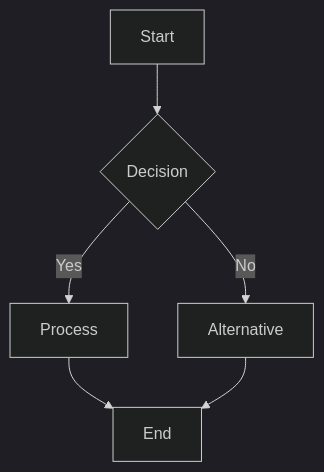
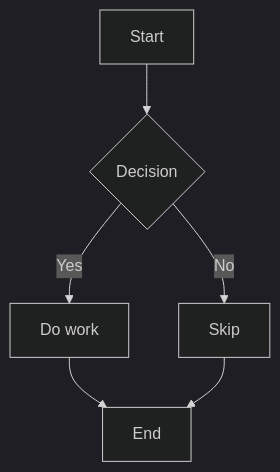
One commit to narumiruna/agent-skills changed the first of 2 diagrams in skills/creating-mermaid-diagrams/references/flowchart.md. Above: the diagram before and after it, drawn with Mermaid (dark theme). The commit also changed other lines of this file and 92 other files, not shown here.

````diff
--- a/skills/creating-mermaid-diagrams/references/flowchart.md
+++ b/skills/creating-mermaid-diagrams/references/flowchart.md
@@ -7,8 +7,8 @@
 ```mermaid
 flowchart TD
     A[Start] --> B{Decision}
-    B -->|Yes| C[Process]
-    B -->|No| D[Alternative]
+    B -->|Yes| C[Do work]
+    B -->|No| D[Skip]
     C --> E[End]
     D --> E
 ```
````
